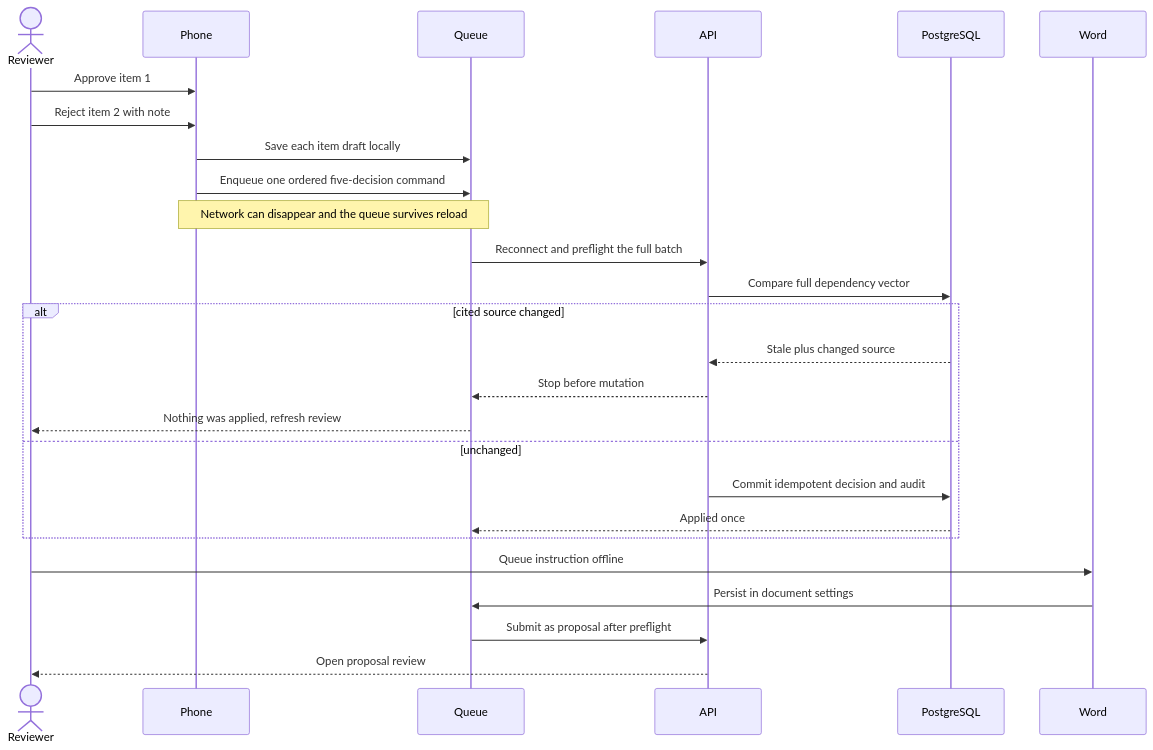
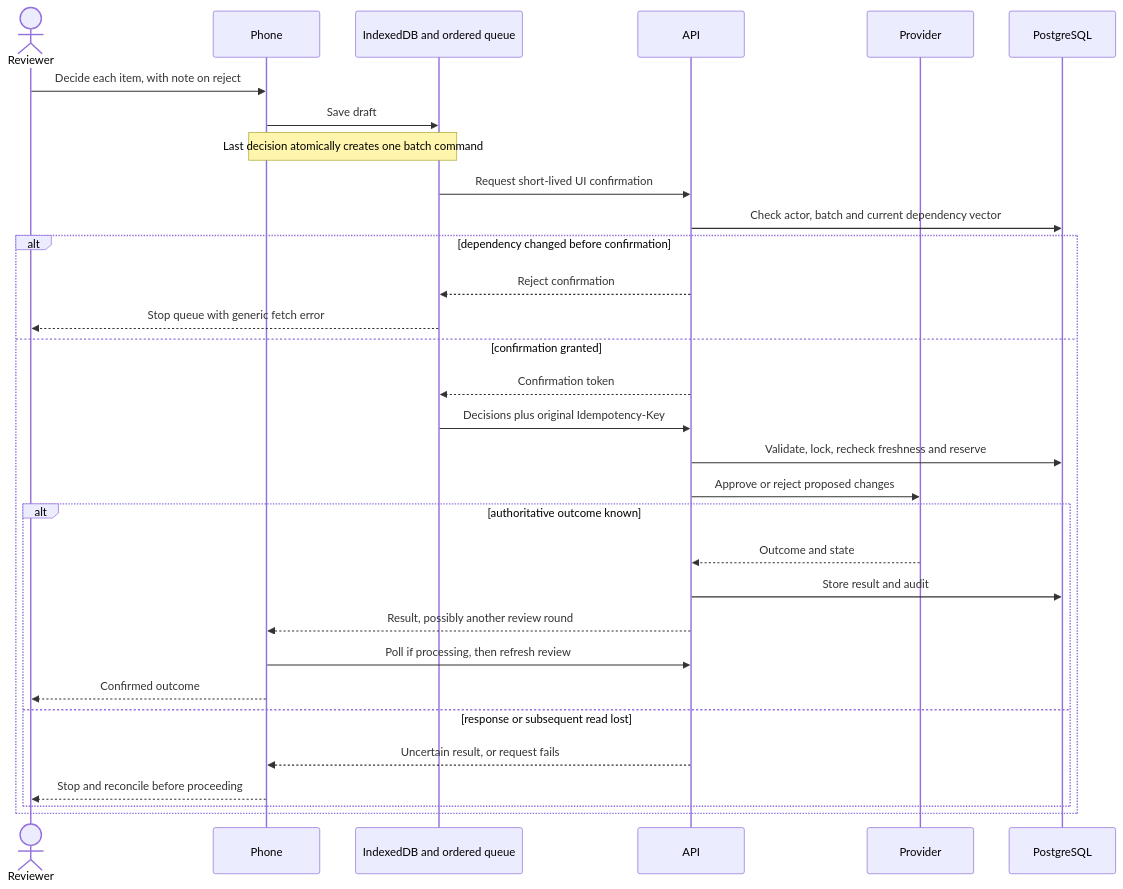
One commit to KarnPiyush/field-ledger changed the second of 2 diagrams in docs/user-flow.md. Above: the diagram before and after it, drawn with Mermaid. The commit also changed other lines of this file and 9 other files, not shown here.

Commit message:
docs: clarify architecture, review flow and evidence boundaries

````diff
--- a/docs/user-flow.md
+++ b/docs/user-flow.md
@@ -35,28 +38,33 @@
 ```mermaid
 sequenceDiagram
   actor Reviewer
   participant Phone
-  participant Queue
+  participant Store as IndexedDB and ordered queue
   participant API
+  participant Provider
   participant DB as PostgreSQL
-  participant Word
-  Reviewer->>Phone: Approve item 1
-  Reviewer->>Phone: Reject item 2 with note
-  Phone->>Queue: Save each item draft locally
-  Phone->>Queue: Enqueue one ordered five-decision command
-  Note over Phone,Queue: Network can disappear and the queue survives reload
-  Queue->>API: Reconnect and preflight the full batch
-  API->>DB: Compare full dependency vector
-  alt cited source changed
-    DB-->>API: Stale plus changed source
-    API-->>Queue: Stop before mutation
-    Queue-->>Reviewer: Nothing was applied, refresh review
-  else unchanged
-    API->>DB: Commit idempotent decision and audit
-    DB-->>Queue: Applied once
+  Reviewer->>Phone: Decide each item, with note on reject
+  Phone->>Store: Save draft
+  Note over Phone,Store: Last decision atomically creates one batch command
+  Store->>API: Request short-lived UI confirmation
+  API->>DB: Check actor, batch and current dependency vector
+  alt dependency changed before confirmation
+    API-->>Store: Reject confirmation
+    Store-->>Reviewer: Stop queue with generic fetch error
+  else confirmation granted
+    API-->>Store: Confirmation token
+    Store->>API: Decisions plus original Idempotency-Key
+    API->>DB: Validate, lock, recheck freshness and reserve
+    API->>Provider: Approve or reject proposed changes
+    alt authoritative outcome known
+      Provider-->>API: Outcome and state
+      API->>DB: Store result and audit
+      API-->>Phone: Result, possibly another review round
+      Phone->>API: Poll if processing, then refresh review
+      Phone-->>Reviewer: Confirmed outcome
+    else response or subsequent read lost
+      API-->>Phone: Uncertain result, or request fails
+      Phone-->>Reviewer: Stop and reconcile before proceeding
+    end
   end
-  Reviewer->>Word: Queue instruction offline
-  Word->>Queue: Persist in document settings
-  Queue->>API: Submit as proposal after preflight
-  API-->>Reviewer: Open proposal review
 ```
````
